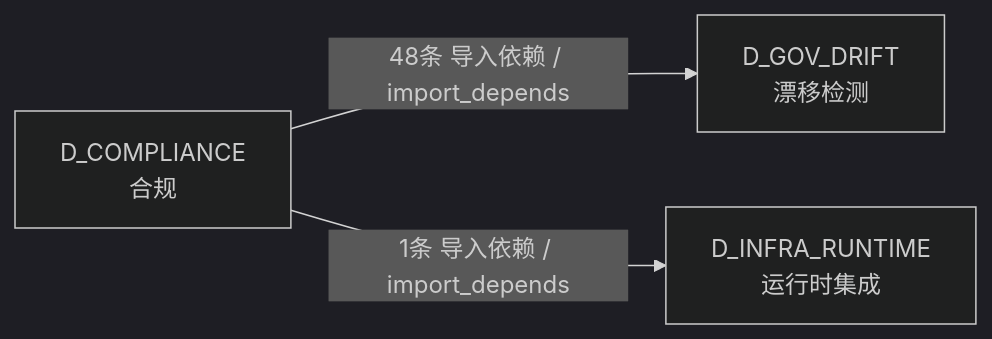
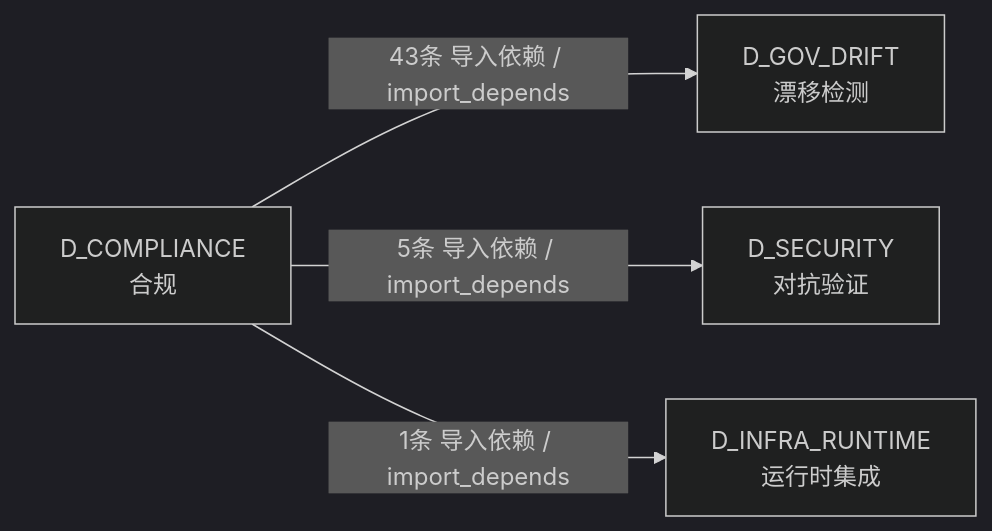
The third of 3 diagrams in docs/02_enterprise_architecture/02_domain_architecture_docs/38_d_compliance.md (xuanFelixVan/ZephyrAlpha), drawn with Mermaid (dark theme) before and after one commit. The commit also changed other lines of this file and 79 other files, not shown here.

````diff
--- a/docs/02_enterprise_architecture/02_domain_architecture_docs/38_d_compliance.md
+++ b/docs/02_enterprise_architecture/02_domain_architecture_docs/38_d_compliance.md
@@ -201,8 +203,10 @@
 ```mermaid
 graph LR
     D_COMPLIANCE["D_COMPLIANCE<br/>合规"]
     D_GOV_DRIFT["D_GOV_DRIFT<br/>漂移检测"]
+    D_SECURITY["D_SECURITY<br/>对抗验证"]
     D_INFRA_RUNTIME["D_INFRA_RUNTIME<br/>运行时集成"]
-    D_COMPLIANCE -->|48条 导入依赖 / import_depends| D_GOV_DRIFT
+    D_COMPLIANCE -->|43条 导入依赖 / import_depends| D_GOV_DRIFT
+    D_COMPLIANCE -->|5条 导入依赖 / import_depends| D_SECURITY
     D_COMPLIANCE -->|1条 导入依赖 / import_depends| D_INFRA_RUNTIME
 ```
````
